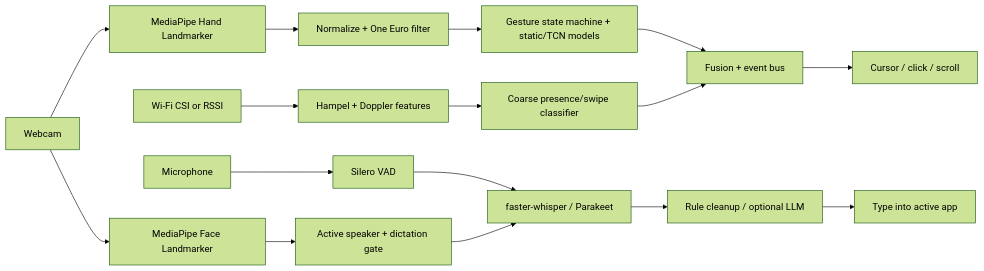
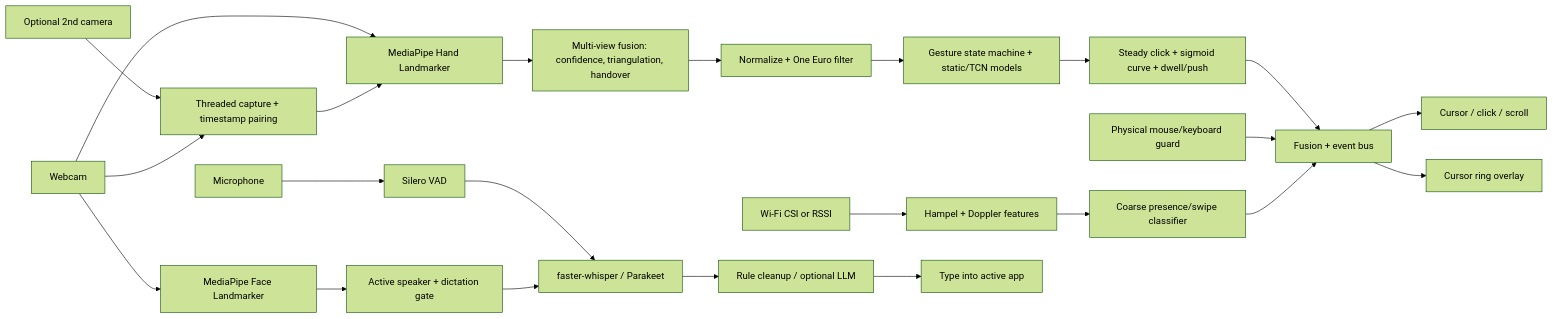
One commit to fernandogarzaaa/project-away changed the diagram in README.md. Above: the diagram before and after it, drawn with Mermaid (forest theme). The commit also changed other lines of this file and 1 other file, not shown here.

Commit message:
docs: architecture/module map, Multi-camera section, pointer-accuracy and dictation options, updated verified-vs-untested; INSTALL second-camera setup

````diff
--- a/README.md
+++ b/README.md
@@ -9,18 +9,25 @@
 ```mermaid
 flowchart LR
   CAM[Webcam] --> HL[MediaPipe Hand Landmarker]
-  HL --> NORM[Normalize + One Euro filter]
+  CAM2[Optional 2nd camera] --> PAIR[Threaded capture + timestamp pairing]
+  CAM --> PAIR
+  PAIR --> HL
+  HL --> MV[Multi-view fusion: confidence, triangulation, handover]
+  MV --> NORM[Normalize + One Euro filter]
   NORM --> GSM[Gesture state machine + static/TCN models]
+  GSM --> STEADY[Steady click + sigmoid curve + dwell/push]
   CAM --> FL[MediaPipe Face Landmarker]
   FL --> ASD[Active speaker + dictation gate]
   MIC[Microphone] --> VAD[Silero VAD]
   VAD --> ASR[faster-whisper / Parakeet]
   ASD --> ASR
   ASR --> CLEAN[Rule cleanup / optional LLM]
   WIFI[Wi-Fi CSI or RSSI] --> CSI[Hampel + Doppler features]
   CSI --> WCLS[Coarse presence/swipe classifier]
-  GSM --> FUS[Fusion + event bus]
+  STEADY --> FUS[Fusion + event bus]
+  GUARD[Physical mouse/keyboard guard] --> FUS
   WCLS --> FUS
   FUS --> MOUSE[Cursor / click / scroll]
   CLEAN --> KB[Type into active app]
+  FUS --> RING[Cursor ring overlay]
 ```
````
